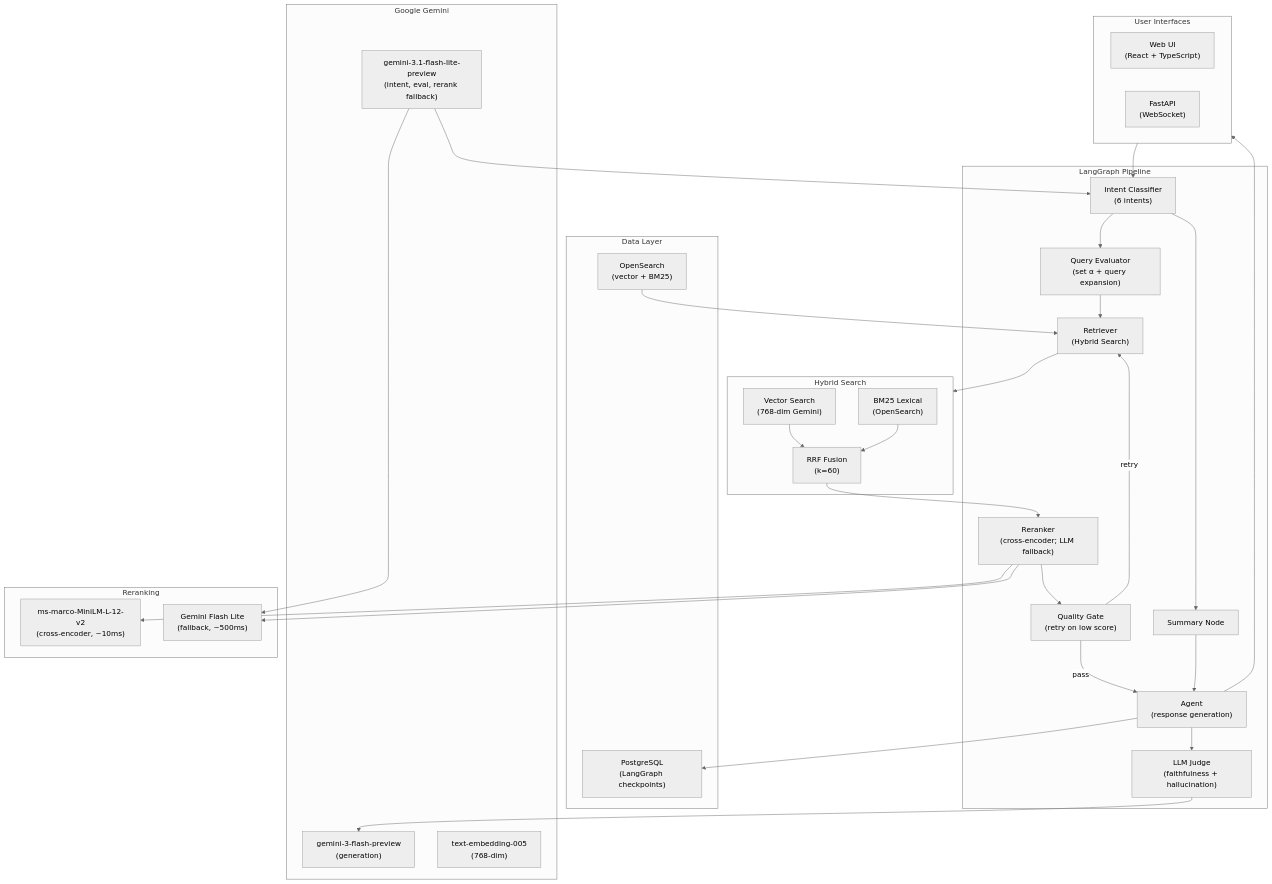
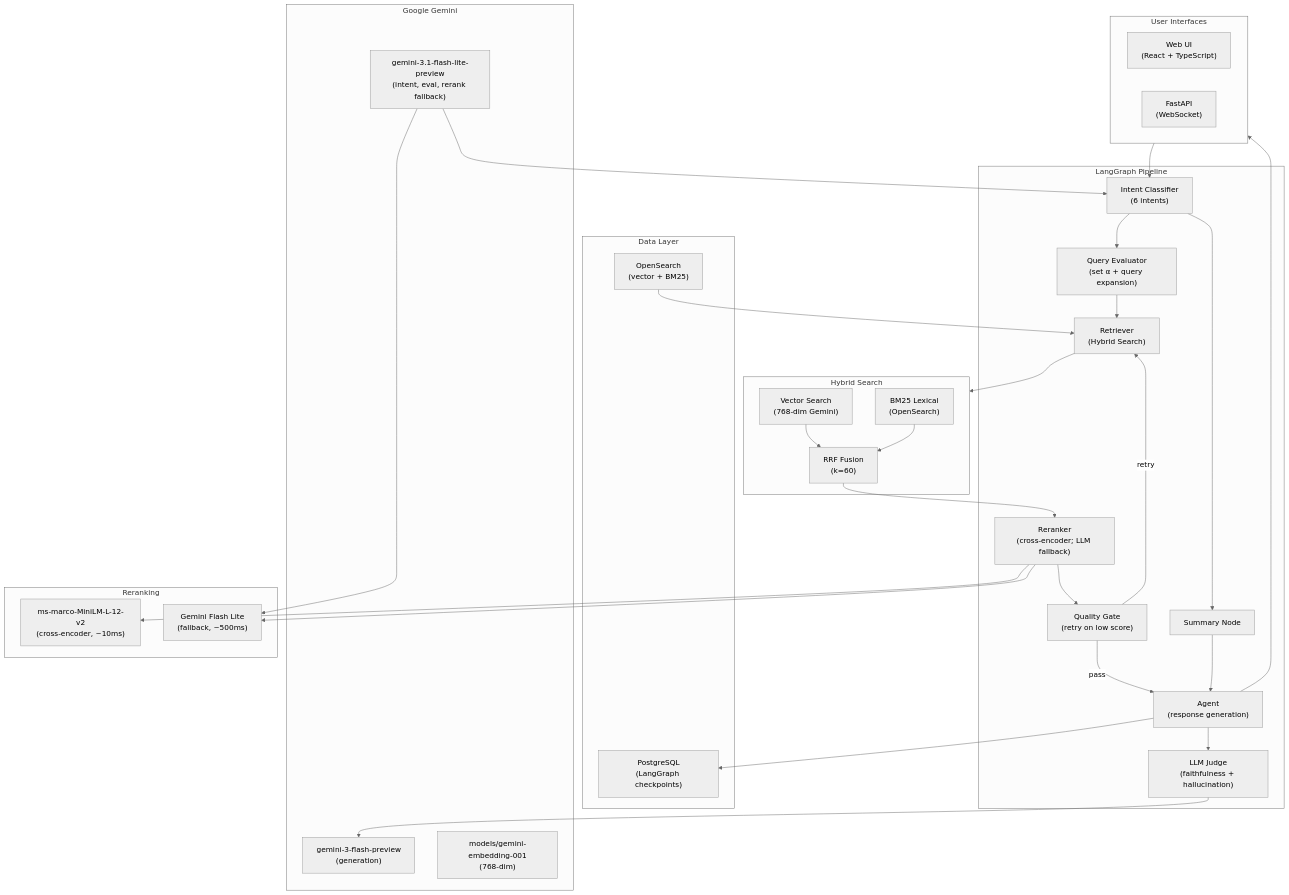
One commit to kmwtechnology/agentic-hybrid-search changed the diagram in README.md. Above: the diagram before and after it, drawn with Mermaid (neutral theme). The commit also changed other lines of this file and 3 other files, not shown here.

````diff
--- a/README.md
+++ b/README.md
@@ -81,62 +134,62 @@
 ```mermaid
 flowchart TB
     subgraph UI["User Interfaces"]
         WEB["Web UI<br/>(React + TypeScript)"]
         API["FastAPI<br/>(WebSocket)"]
     end
 
     subgraph Pipeline["LangGraph Pipeline"]
         IC["Intent Classifier<br/>(6 intents)"]
         QE["Query Evaluator<br/>(set α + query expansion)"]
         RET["Retriever<br/>(Hybrid Search)"]
         RERANK["Reranker<br/>(cross-encoder; LLM fallback)"]
         QG["Quality Gate<br/>(retry on low score)"]
         SUM["Summary Node"]
         AGENT["Agent<br/>(response generation)"]
         JUDGE["LLM Judge<br/>(faithfulness + hallucination)"]
     end
 
     subgraph Search["Hybrid Search"]
         VS["Vector Search<br/>(768-dim Gemini)"]
         BM25["BM25 Lexical<br/>(OpenSearch)"]
         RRF["RRF Fusion<br/>(k=60)"]
     end
 
     subgraph Storage["Data Layer"]
         IDX["OpenSearch<br/>(vector + BM25)"]
         CHK["PostgreSQL<br/>(LangGraph checkpoints)"]
     end
 
     subgraph GoogleAI["Google Gemini"]
         LLM["gemini-3-flash-preview<br/>(generation)"]
         CLASSIFIER["gemini-3.1-flash-lite-preview<br/>(intent, eval, rerank fallback)"]
-        EMB["text-embedding-005<br/>(768-dim)"]
+        EMB["models/gemini-embedding-001<br/>(768-dim)"]
     end
 
     subgraph Reranking["Reranking"]
         CE["ms-marco-MiniLM-L-12-v2<br/>(cross-encoder, ~10ms)"]
         LLMR["Gemini Flash Lite<br/>(fallback, ~500ms)"]
     end
 
     UI --> IC
     IC --> QE
     IC --> SUM
     QE --> RET
     RET --> Search
     VS --> RRF
     BM25 --> RRF
     RRF --> RERANK
     RERANK --> CE
     RERANK --> LLMR
     RERANK --> QG
     QG -->|retry| RET
     QG -->|pass| AGENT
     SUM --> AGENT
     AGENT --> JUDGE
     JUDGE --> LLM
     AGENT --> UI
     AGENT --> CHK
     IDX --> RET
     CLASSIFIER --> IC
     CLASSIFIER --> LLMR
 ```
````
